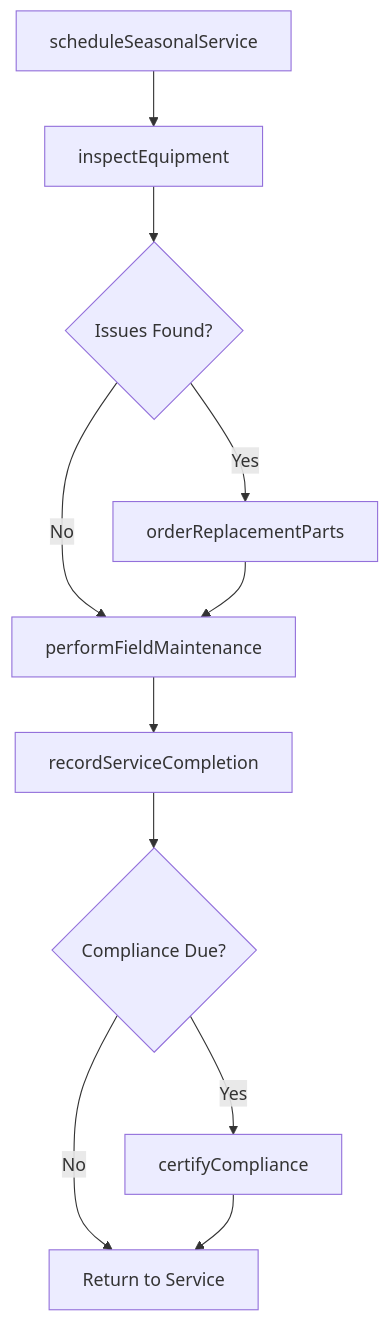
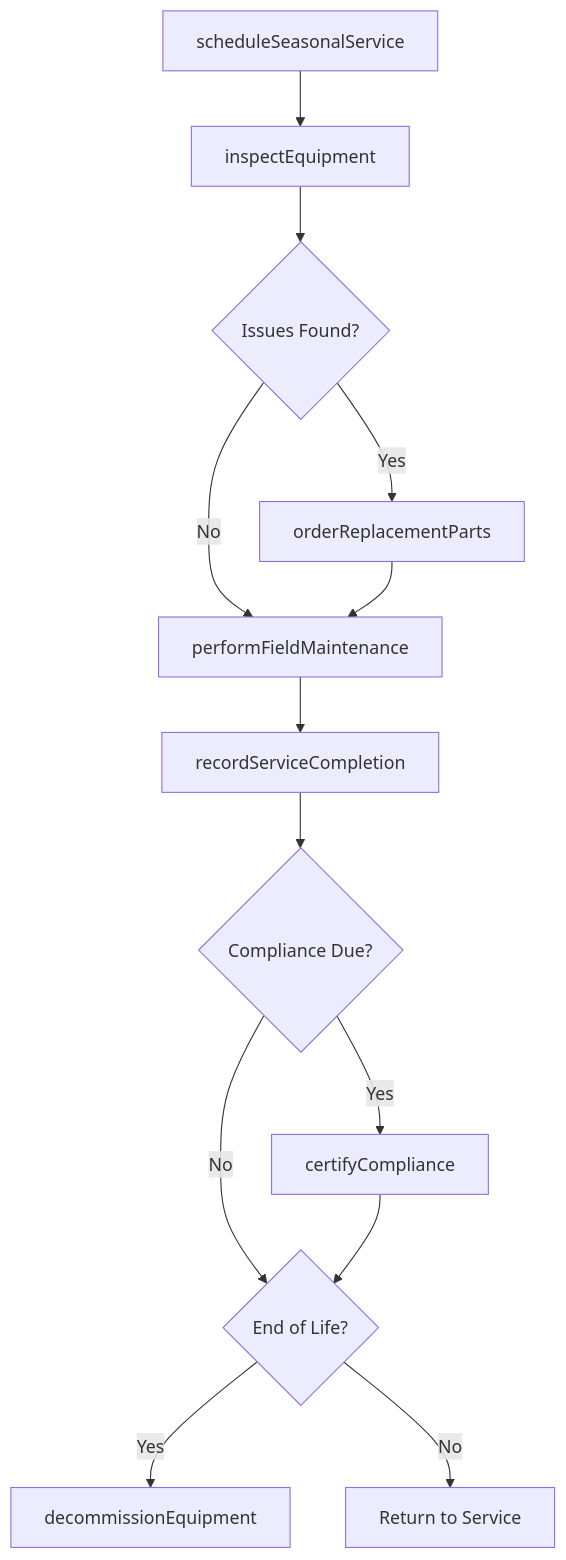
Before and after one commit to dot-org-ai/tasks.org.ai: the third of 4 diagrams in RepairingAndMaintainingMechanicalEquipment/MaintainToolsOrEquipment/MaintainForestryHuntingAgriculturalEquipment.mdx, drawn with Mermaid. The commit also changed other lines of this file and 504 other files, not shown here.

First line of the commit message:
feat: Add ER diagrams, state diagrams, and workflow improvements to 96 DWA task files

````diff
--- a/RepairingAndMaintainingMechanicalEquipment/MaintainToolsOrEquipment/MaintainForestryHuntingAgriculturalEquipment.mdx
+++ b/RepairingAndMaintainingMechanicalEquipment/MaintainToolsOrEquipment/MaintainForestryHuntingAgriculturalEquipment.mdx
@@ -87,13 +119,15 @@
 ```mermaid
 graph TD
     A[scheduleSeasonalService] --> B[inspectEquipment]
     B --> C{Issues Found?}
     C -->|Yes| D[orderReplacementParts]
     C -->|No| E[performFieldMaintenance]
     D --> E
     E --> F[recordServiceCompletion]
     F --> G{Compliance Due?}
     G -->|Yes| H[certifyCompliance]
-    G -->|No| I[Return to Service]
+    G -->|No| I{End of Life?}
     H --> I
+    I -->|Yes| J[decommissionEquipment]
+    I -->|No| K[Return to Service]
 ```
````
